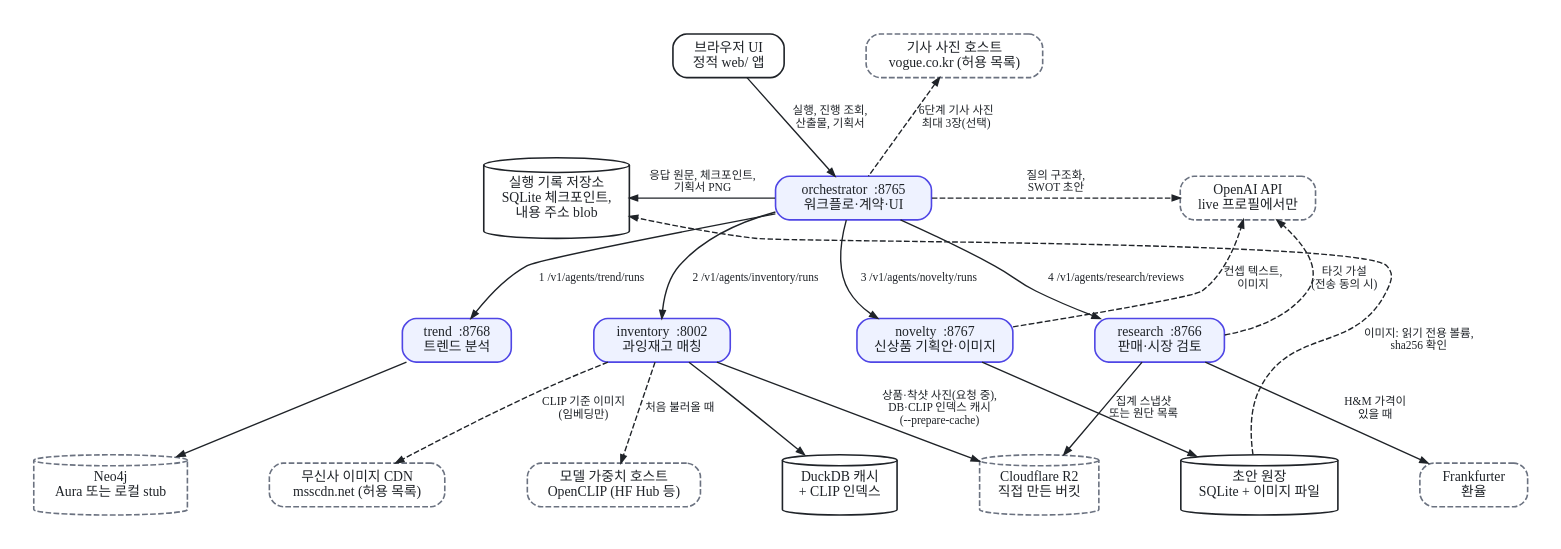
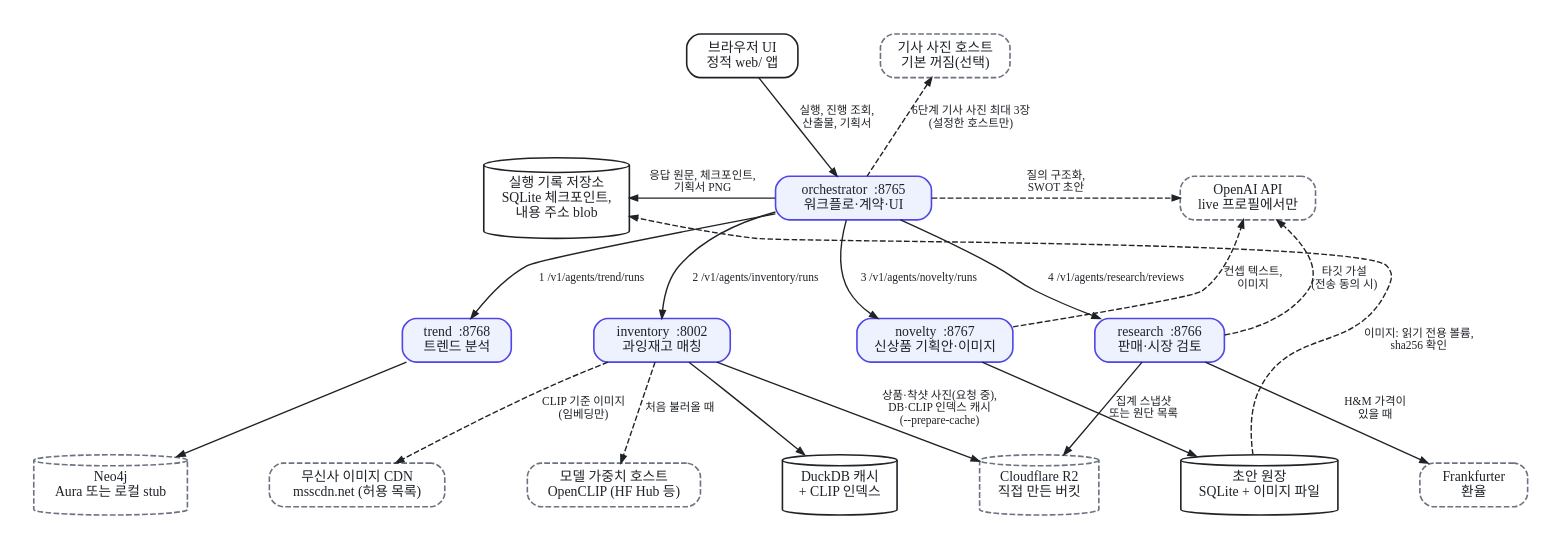
Before and after one commit to KG-RAG-02/fashion-planner-orchestrator: the diagram in docs/diagrams/src/system.dot, drawn with Graphviz. The commit also changed 28 other files, not shown here.

```diff
--- a/docs/diagrams/src/system.dot
+++ b/docs/diagrams/src/system.dot
@@ -1,64 +1,64 @@
 // 시스템 전체: 다섯 서비스, 각자의 저장소, 호출하는 외부 시스템.
 // DIAGRAM-STYLE 라이트 팔레트로 쓰고, scripts/render_diagrams.sh가 색을 바꿔 다크 버전을 만든다.
 // 모든 노드와 엣지의 근거(file:line)는 docs/diagrams/CLAIMS.md에 있다.
 digraph system {
   graph [rankdir=TB, bgcolor="#ffffff", fontname="Pretendard", fontcolor="#1f2328", fontsize=12,
          nodesep=0.5, ranksep=0.65, pad=0.3, newrank=true];
   node  [fontname="Pretendard", fontsize=12, fontcolor="#1f2328", color="#1f2328", penwidth=1.4, margin="0.2,0.08"];
   edge  [fontname="Pretendard", fontsize=10, fontcolor="#1f2328", color="#1f2328", penwidth=1.2, arrowsize=0.7];
 
   // 서비스
   node [shape=box, style="rounded,filled", fillcolor="#eef2ff", color="#4f46e5"];
   orch  [label="orchestrator  :8765\n워크플로·계약·UI"];
   trend [label="trend  :8768\n트렌드 분석"];
   inv   [label="inventory  :8002\n과잉재고 매칭"];
   nov   [label="novelty  :8767\n신상품 기획안·이미지"];
   res   [label="research  :8766\n판매·시장 검토"];
 
   // 클라이언트와 자체 저장소
   ui     [label="브라우저 UI\n정적 web/ 앱", shape=box, style="rounded", fillcolor="", color="#1f2328"];
   store  [label="실행 기록 저장소\nSQLite 체크포인트,\n내용 주소 blob", shape=cylinder, style="", color="#1f2328"];
   duck   [label="DuckDB 캐시\n+ CLIP 인덱스", shape=cylinder, style="", color="#1f2328"];
   ledger [label="초안 원장\nSQLite + 이미지 파일", shape=cylinder, style="", color="#1f2328"];
 
   // 외부 시스템(점선): 계정과 데이터는 직접 준비한다
   node [style="dashed", color="#6b7280", fillcolor=""];
   neo4j  [label="Neo4j\nAura 또는 로컬 stub", shape=cylinder];
   r2     [label="Cloudflare R2\n직접 만든 버킷", shape=cylinder];
   fx     [label="Frankfurter\n환율", shape=box, style="rounded,dashed"];
   openai [label="OpenAI API\nlive 프로필에서만", shape=box, style="rounded,dashed"];
-  photo  [label="기사 사진 호스트\nvogue.co.kr (허용 목록)", shape=box, style="rounded,dashed"];
+  photo  [label="기사 사진 호스트\n기본 꺼짐(선택)", shape=box, style="rounded,dashed"];
   cdn    [label="무신사 이미지 CDN\nmsscdn.net (허용 목록)", shape=box, style="rounded,dashed"];
   hf     [label="모델 가중치 호스트\nOpenCLIP (HF Hub 등)", shape=box, style="rounded,dashed"];
 
   // 층(위→아래)과 층 안의 순서
   { rank=same; ui; photo; }
   { rank=same; store; orch; openai; }
   { rank=same; trend; inv; nov; res; }
   { rank=same; neo4j; cdn; hf; duck; r2; ledger; fx; }
   edge [style=invis];
   ui -> photo; store -> orch -> openai; trend -> inv -> nov -> res; neo4j -> cdn -> hf -> duck -> r2 -> ledger -> fx;
   edge [style=solid];
 
   ui -> orch [label=" 실행, 진행 조회,\n 산출물, 기획서"];
   orch -> store [label="응답 원문, 체크포인트,\n기획서 PNG", constraint=false];
-  photo -> orch [label="6단계 기사 사진\n최대 3장(선택)", style=dashed, dir=back];
+  photo -> orch [label="6단계 기사 사진 최대 3장\n(설정한 호스트만)", style=dashed, dir=back];
 
   orch -> trend [label="1 /v1/agents/trend/runs"];
   orch -> inv   [label="2 /v1/agents/inventory/runs"];
   orch -> nov   [label="3 /v1/agents/novelty/runs"];
   orch -> res   [label="4 /v1/agents/research/reviews"];
 
   trend -> neo4j;
   inv   -> duck;
   inv   -> r2     [label="상품·착샷 사진(요청 중),\nDB·CLIP 인덱스 캐시\n(--prepare-cache)"];
   inv   -> cdn    [label="CLIP 기준 이미지\n(임베딩만)", style=dashed];
   inv   -> hf     [label="처음 불러올 때", style=dashed];
   nov   -> ledger;
   nov   -> openai [label="컨셉 텍스트,\n이미지", style=dashed];
   res   -> openai [label="타깃 가설\n(전송 동의 시)", style=dashed];
   res   -> fx     [label="H&M 가격이\n있을 때"];
   res   -> r2     [taillabel="집계 스냅샷\n또는 원단 목록", labeldistance=4, labelangle=42];
   ledger -> store [label="이미지: 읽기 전용 볼륨,\nsha256 확인", style=dashed, constraint=false];
   orch  -> openai [label="질의 구조화,\nSWOT 초안", style=dashed, constraint=false];
 }
```
